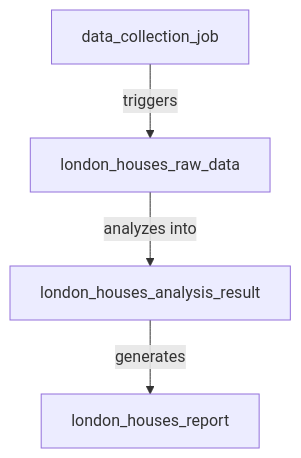
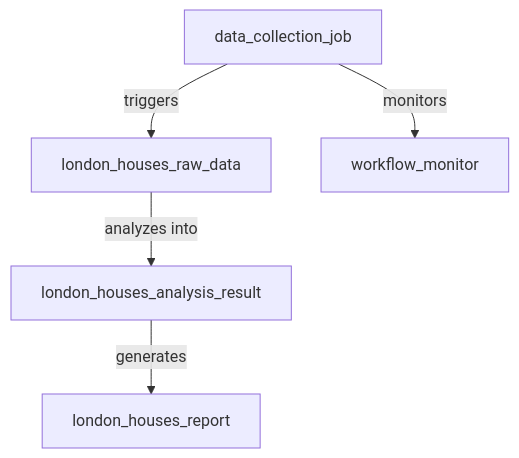
The third of 4 diagrams in entity/app_design_prd.md (Ksenniya/quart-client-template), drawn with Mermaid before and after one commit. The commit also changed other lines of this file, not shown here.

````diff
--- a/entity/app_design_prd.md
+++ b/entity/app_design_prd.md
@@ -73,6 +82,7 @@
 ```mermaid
 graph TD;
     A[data_collection_job] -->|triggers| B[london_houses_raw_data];
     B -->|analyzes into| C[london_houses_analysis_result];
     C -->|generates| D[london_houses_report];
+    A -->|monitors| E[workflow_monitor];
 ```
````
